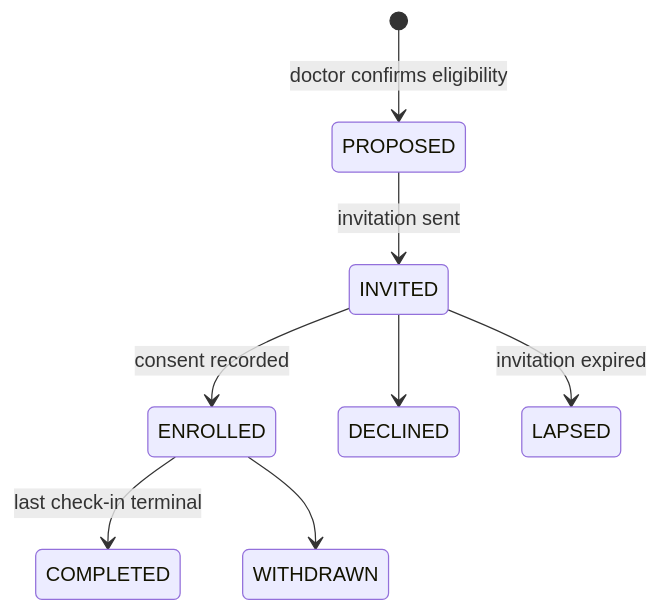
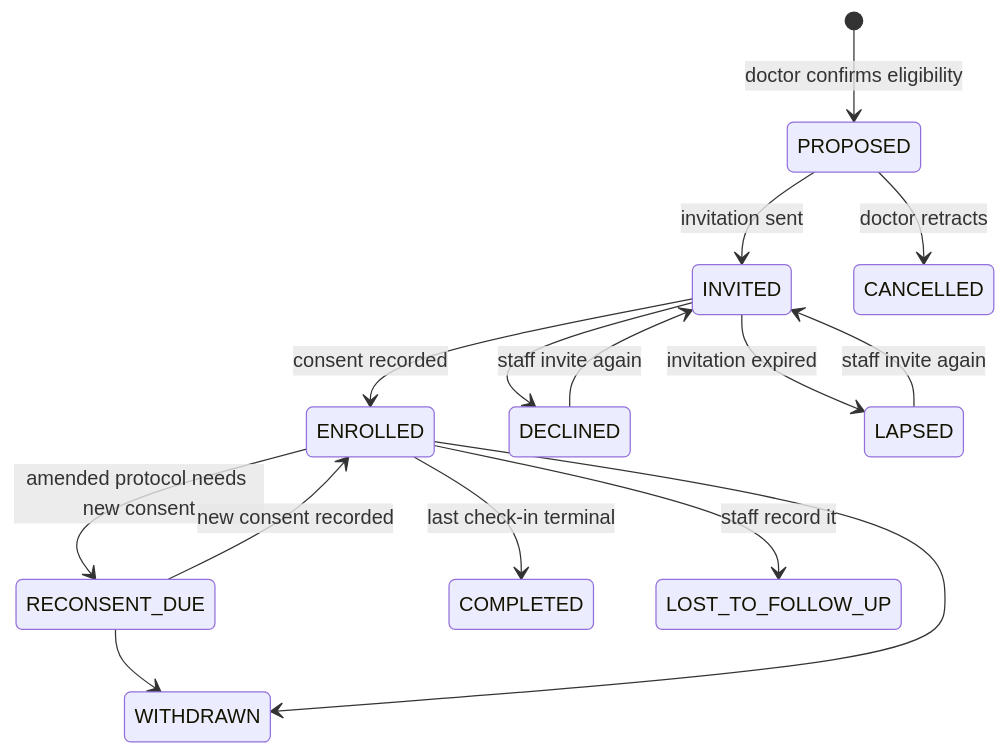
Before and after one commit to nareshshah139/Clinic_Management_System: the fourth of 4 diagrams in docs/product/patient-portal-spec.md, drawn with Mermaid. The commit also changed other lines of this file, not shown here.

````diff
--- a/docs/product/patient-portal-spec.md
+++ b/docs/product/patient-portal-spec.md
@@ -230,10 +266,17 @@
 ```mermaid
 stateDiagram-v2
 	[*] --> PROPOSED: doctor confirms eligibility
 	PROPOSED --> INVITED: invitation sent
+	PROPOSED --> CANCELLED: doctor retracts
 	INVITED --> ENROLLED: consent recorded
 	INVITED --> DECLINED
 	INVITED --> LAPSED: invitation expired
+	DECLINED --> INVITED: staff invite again
+	LAPSED --> INVITED: staff invite again
+	ENROLLED --> RECONSENT_DUE: amended protocol needs new consent
+	RECONSENT_DUE --> ENROLLED: new consent recorded
+	RECONSENT_DUE --> WITHDRAWN
 	ENROLLED --> COMPLETED: last check-in terminal
+	ENROLLED --> LOST_TO_FOLLOW_UP: staff record it
 	ENROLLED --> WITHDRAWN
 ```
````
